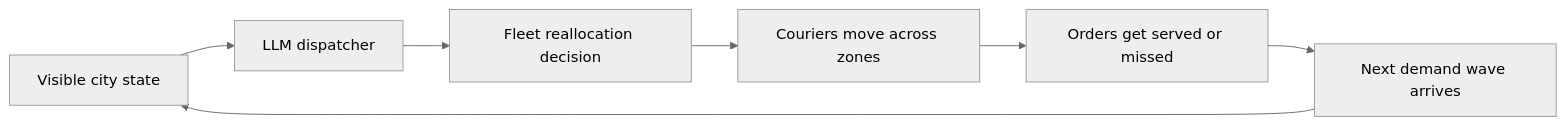
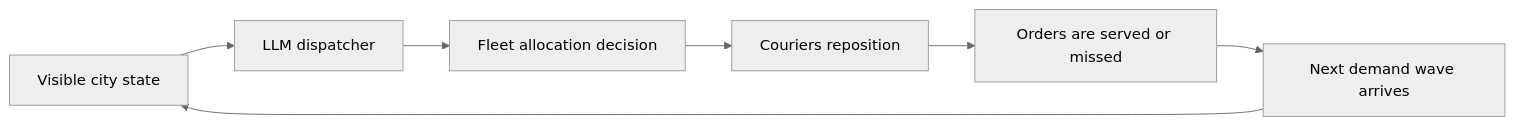
The diagram in README.md (Rishavutkarsh/fleetmind), drawn with Mermaid (neutral theme) before and after one commit. The commit also changed other lines of this file, not shown here.

````diff
--- a/README.md
+++ b/README.md
@@ -38,9 +33,9 @@
 ```mermaid
 flowchart LR
     A["Visible city state"] --> B["LLM dispatcher"]
-    B --> C["Fleet reallocation decision"]
-    C --> D["Couriers move across zones"]
-    D --> E["Orders get served or missed"]
+    B --> C["Fleet allocation decision"]
+    C --> D["Couriers reposition"]
+    D --> E["Orders are served or missed"]
     E --> F["Next demand wave arrives"]
     F --> A
 ```
````
